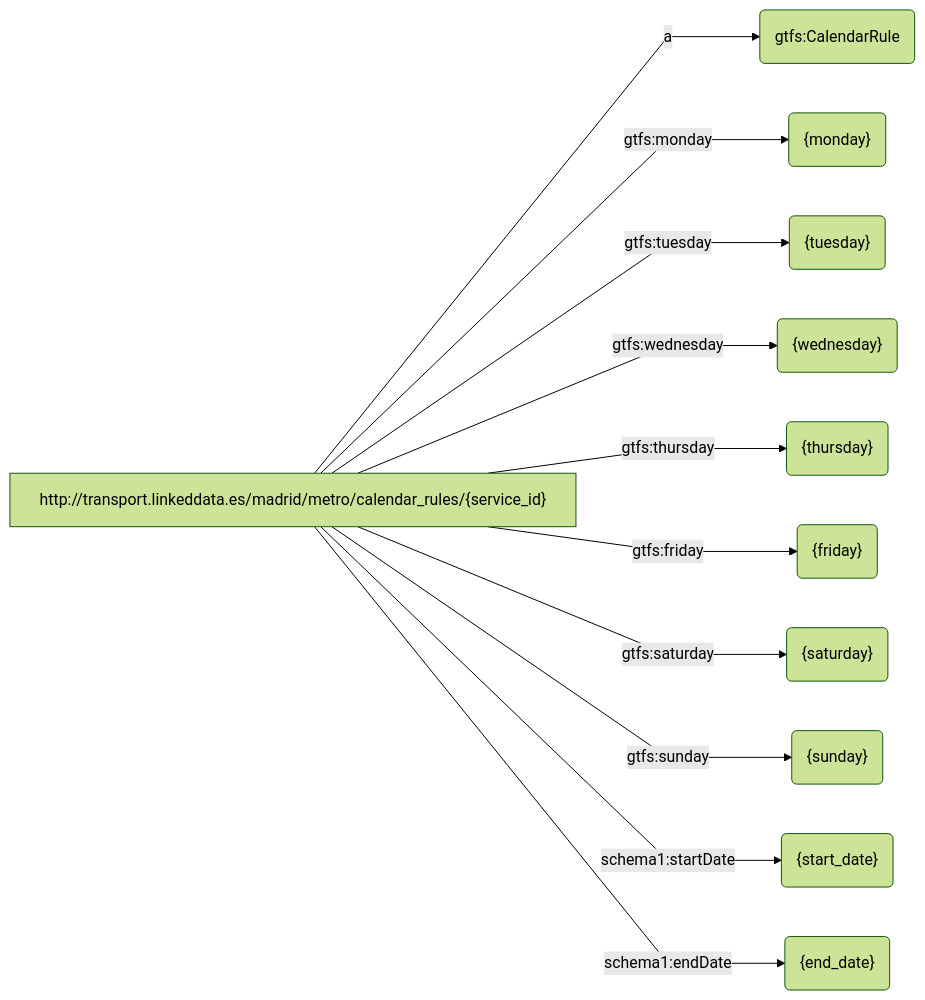
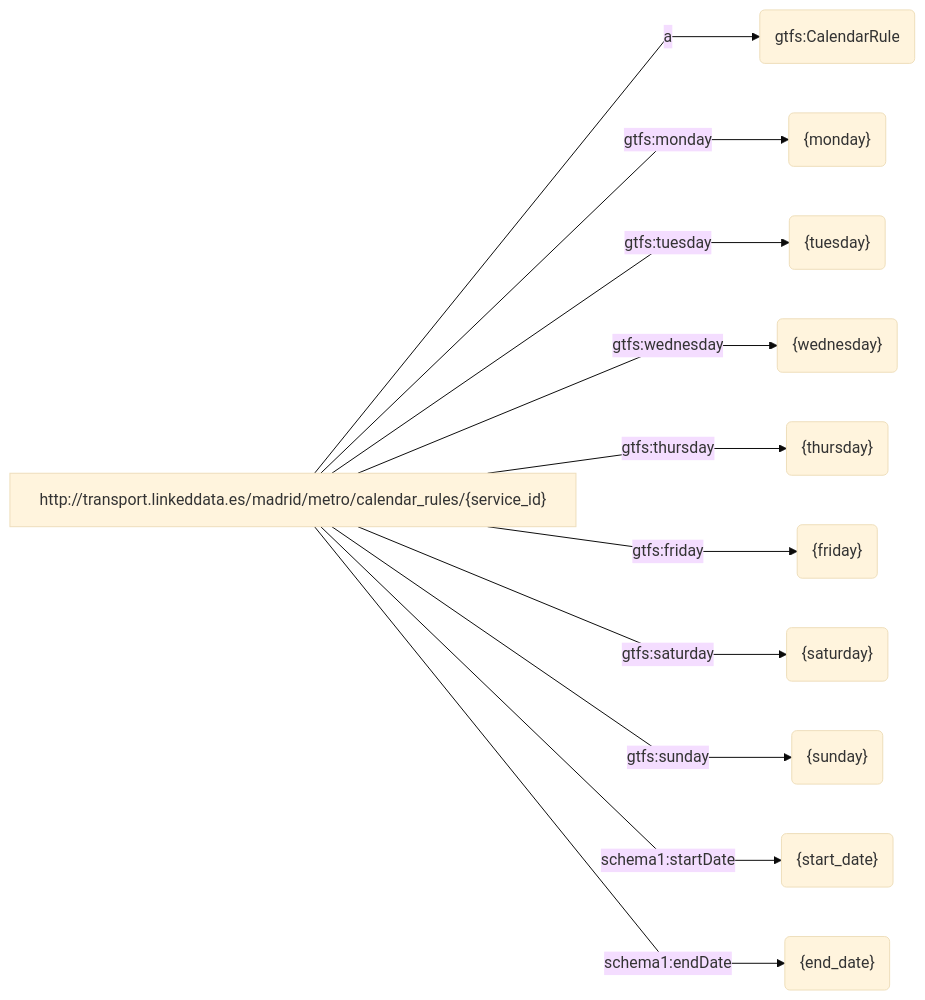
The second of 25 diagrams in test/author/author.md (oeg-upm/rmldoc), drawn with Mermaid before and after one commit.

````diff
--- a/test/author/author.md
+++ b/test/author/author.md
@@ -108,15 +108,15 @@
 ```mermaid
-%%{ init : { "theme" : "forest", "flowchart" : { "curve" : "linear" }}}%%
+%%{ init : { "theme" : "base", "flowchart" : { "curve" : "linear" }}}%%
 flowchart LR
 S["http://transport.linkeddata.es/madrid/metro/calendar_rules/{service_id}"] -->|"a"| object1("gtfs:CalendarRule")
 S["http://transport.linkeddata.es/madrid/metro/calendar_rules/{service_id}"] -->|"gtfs:monday"| object2("{monday}")
 S["http://transport.linkeddata.es/madrid/metro/calendar_rules/{service_id}"] -->|"gtfs:tuesday"| object3("{tuesday}")
 S["http://transport.linkeddata.es/madrid/metro/calendar_rules/{service_id}"] -->|"gtfs:wednesday"| object4("{wednesday}")
 S["http://transport.linkeddata.es/madrid/metro/calendar_rules/{service_id}"] -->|"gtfs:thursday"| object5("{thursday}")
 S["http://transport.linkeddata.es/madrid/metro/calendar_rules/{service_id}"] -->|"gtfs:friday"| object6("{friday}")
 S["http://transport.linkeddata.es/madrid/metro/calendar_rules/{service_id}"] -->|"gtfs:saturday"| object7("{saturday}")
 S["http://transport.linkeddata.es/madrid/metro/calendar_rules/{service_id}"] -->|"gtfs:sunday"| object8("{sunday}")
 S["http://transport.linkeddata.es/madrid/metro/calendar_rules/{service_id}"] -->|"schema1:startDate"| object9("{start_date}")
 S["http://transport.linkeddata.es/madrid/metro/calendar_rules/{service_id}"] -->|"schema1:endDate"| object10("{end_date}")
     
 ``` 
````
